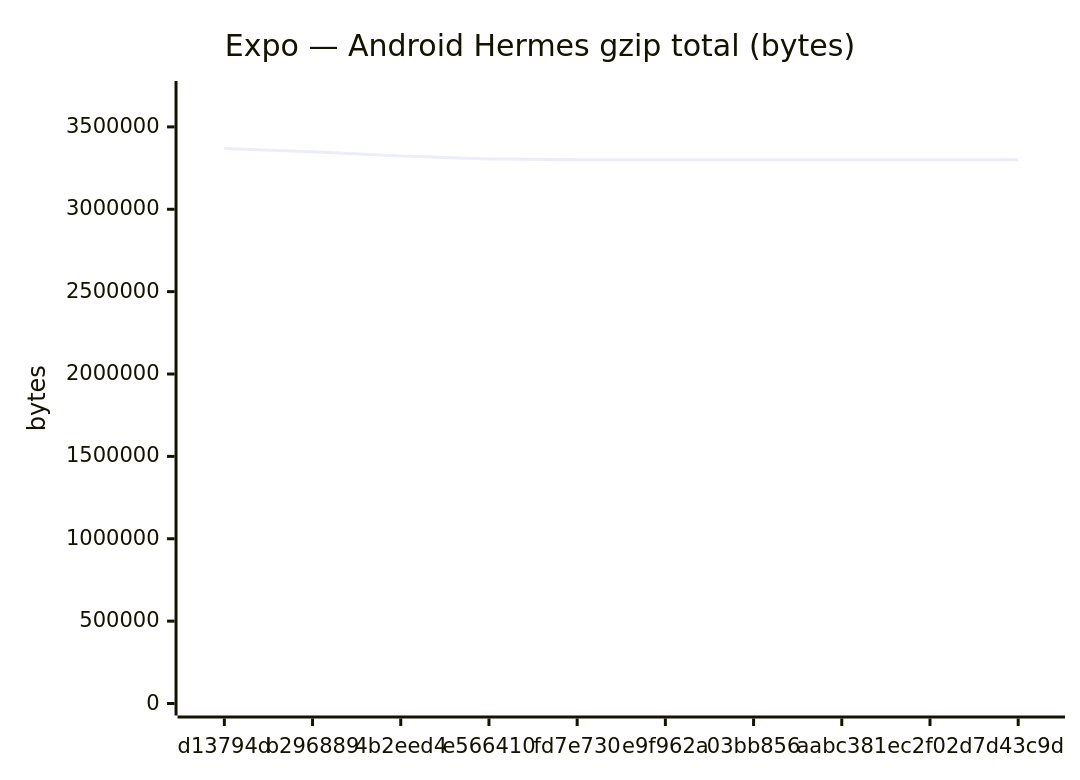
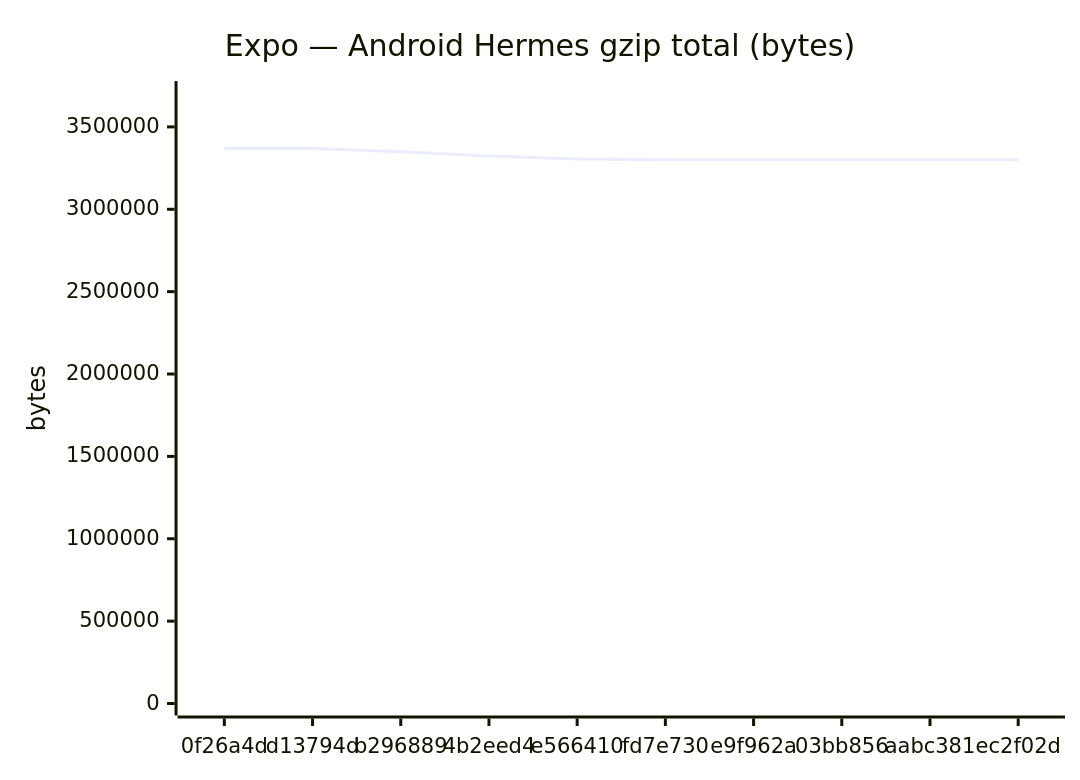
One commit to Metaheurist/Rianell changed the fifth of 18 diagrams in benchmarks/compare.md. Above: the diagram before and after it, drawn with Mermaid. The commit also changed other lines of this file and 11 other files, not shown here.

````diff
--- a/benchmarks/compare.md
+++ b/benchmarks/compare.md
@@ -89,7 +89,7 @@
 ```mermaid
 xychart-beta
     title "Expo — Android Hermes gzip total (bytes)"
-    x-axis ["d13794d", "b296889", "4b2eed4", "e566410", "fd7e730", "e9f962a", "03bb856", "aabc381", "ec2f02d", "7d43c9d"]
+    x-axis ["0f26a4d", "d13794d", "b296889", "4b2eed4", "e566410", "fd7e730", "e9f962a", "03bb856", "aabc381", "ec2f02d"]
     y-axis "bytes" 0 --> 3705748
-    line [3368861, 3349208, 3324082, 3305549, 3300038, 3300034, 3300038, 3300630, 3300522, 3299950]
+    line [3368860, 3368861, 3349208, 3324082, 3305549, 3300038, 3300034, 3300038, 3300630, 3300522]
 ```
````
